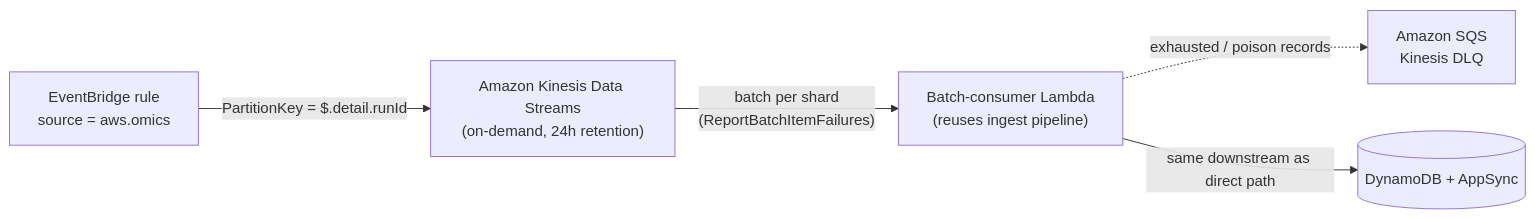
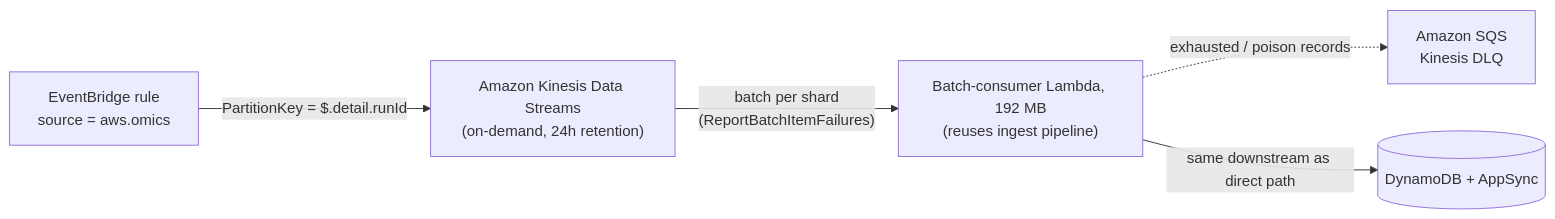
One commit to wisech-aws/aws-healthomic-ops changed the second of 3 diagrams in README.md. Above: the diagram before and after it, drawn with Mermaid. The commit also changed other lines of this file, not shown here.

First line of the commit message:
docs: document event-driven ingest, event metadata, and updated architecture

````diff
--- a/README.md
+++ b/README.md
@@ -95,7 +107,7 @@
 ```mermaid
 flowchart LR
     EB["EventBridge rule<br/>source = aws.omics"] -->|"PartitionKey = $.detail.runId"| KDS["Amazon Kinesis Data Streams<br/>(on-demand, 24h retention)"]
-    KDS -->|"batch per shard<br/>(ReportBatchItemFailures)"| CONS["Batch-consumer Lambda<br/>(reuses ingest pipeline)"]
+    KDS -->|"batch per shard<br/>(ReportBatchItemFailures)"| CONS["Batch-consumer Lambda, 192 MB<br/>(reuses ingest pipeline)"]
     CONS -.->|"exhausted / poison records"| KDLQ["Amazon SQS<br/>Kinesis DLQ"]
     CONS -->|"same downstream as direct path"| DDB[("DynamoDB + AppSync")]
 ```
````
